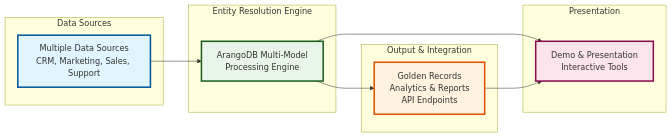
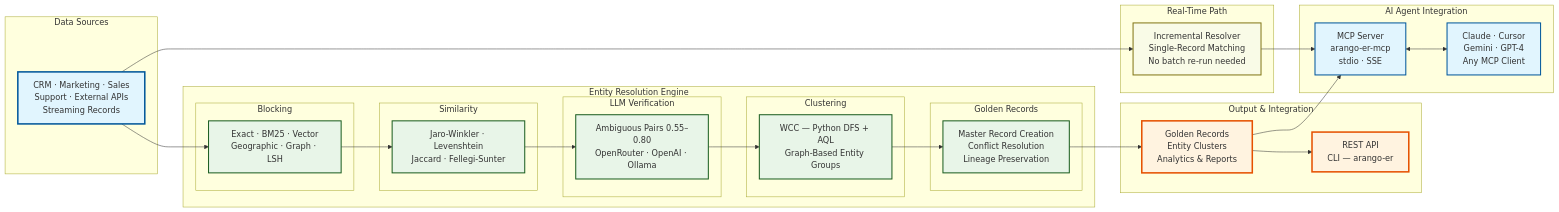
One commit to ArthurKeen/arango-entity-resolution changed the diagram in docs/diagrams/high-level-architecture.mermaid. Above: the diagram before and after it, drawn with Mermaid. The commit also changed 5 other files, not shown here.

```diff
--- a/docs/diagrams/high-level-architecture.mermaid
+++ b/docs/diagrams/high-level-architecture.mermaid
@@ -1,33 +1,57 @@
 graph LR
     subgraph "Data Sources"
-        Sources[Multiple Data Sources<br/>CRM, Marketing, Sales, Support]
+        Sources[CRM · Marketing · Sales<br/>Support · External APIs<br/>Streaming Records]
     end
 
     subgraph "Entity Resolution Engine"
-        Engine[ArangoDB Multi-Model<br/>Processing Engine]
+        subgraph "Blocking"
+            B[Exact · BM25 · Vector<br/>Geographic · Graph · LSH]
+        end
+        subgraph "Similarity"
+            S[Jaro-Winkler · Levenshtein<br/>Jaccard · Fellegi-Sunter]
+        end
+        subgraph "LLM Verification"
+            L[Ambiguous Pairs 0.55–0.80<br/>OpenRouter · OpenAI · Ollama]
+        end
+        subgraph "Clustering"
+            C[WCC — Python DFS + AQL<br/>Graph-Based Entity Groups]
+        end
+        subgraph "Golden Records"
+            G[Master Record Creation<br/>Conflict Resolution<br/>Lineage Preservation]
+        end
+        B --> S --> L --> C --> G
     end
 
     subgraph "Output & Integration"
-        Outputs[Golden Records<br/>Analytics & Reports<br/>API Endpoints]
+        GR[Golden Records<br/>Entity Clusters<br/>Analytics & Reports]
+        API[REST API<br/>CLI — arango-er]
     end
 
-    subgraph "Presentation"
-        Demo[Demo & Presentation<br/>Interactive Tools]
+    subgraph "AI Agent Integration"
+        MCP[MCP Server<br/>arango-er-mcp<br/>stdio · SSE]
+        Agents[Claude · Cursor<br/>Gemini · GPT-4<br/>Any MCP Client]
+        MCP <--> Agents
     end
 
-    %% Simple flow
-    Sources --> Engine
-    Engine --> Outputs
-    Engine --> Demo
-    Outputs --> Demo
+    subgraph "Real-Time Path"
+        INC[Incremental Resolver<br/>Single-Record Matching<br/>No batch re-run needed]
+    end
+
+    Sources --> B
+    G --> GR
+    GR --> API
+    GR --> MCP
+    Sources --> INC --> MCP
 
     %% Styling
     classDef dataSource fill:#e1f5fe,stroke:#01579b,stroke-width:3px
-    classDef engine fill:#e8f5e8,stroke:#1b5e20,stroke-width:3px
+    classDef engine fill:#e8f5e8,stroke:#1b5e20,stroke-width:2px
     classDef output fill:#fff3e0,stroke:#e65100,stroke-width:3px
-    classDef demo fill:#fce4ec,stroke:#880e4f,stroke-width:3px
+    classDef ai fill:#e1f5fe,stroke:#01579b,stroke-width:2px
+    classDef realtime fill:#f9fbe7,stroke:#827717,stroke-width:2px
 
     class Sources dataSource
-    class Engine engine
-    class Outputs output
-    class Demo demo
+    class B,S,L,C,G engine
+    class GR,API output
+    class MCP,Agents ai
+    class INC realtime
```
